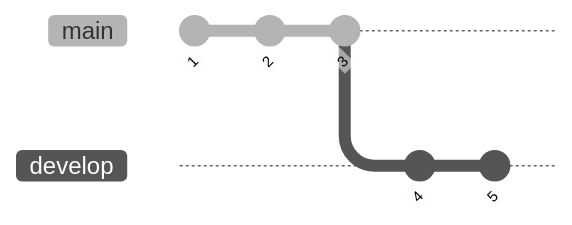
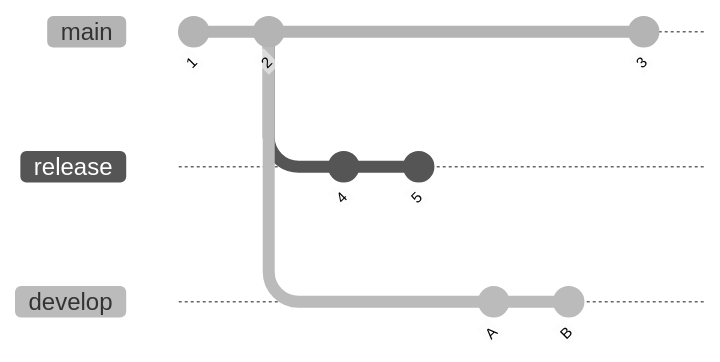
The fourth of 4 diagrams in docs/design/git-traversal.md (tomo-waka/gitrail), drawn with Mermaid (neutral theme) before and after one commit. The commit also changed other lines of this file and 2 other files, not shown here.

Commit message:
Enhance documentation on merge base deduplication for incremental branch extraction and clarify fallback behavior for orphan branches

````diff
--- a/docs/design/git-traversal.md
+++ b/docs/design/git-traversal.md
@@ -165,10 +164,16 @@
 ```mermaid
 gitGraph
 	commit id: "1"
 	commit id: "2"
-	commit id: "3"
+	branch release
+	checkout release
+	commit id: "4"
+	commit id: "5"
+	checkout main
 	branch develop
 	checkout develop
-	commit id: "4"
-	commit id: "5"
+	commit id: "A"
+	commit id: "B"
+	checkout main
+	commit id: "3"
 ```
````
